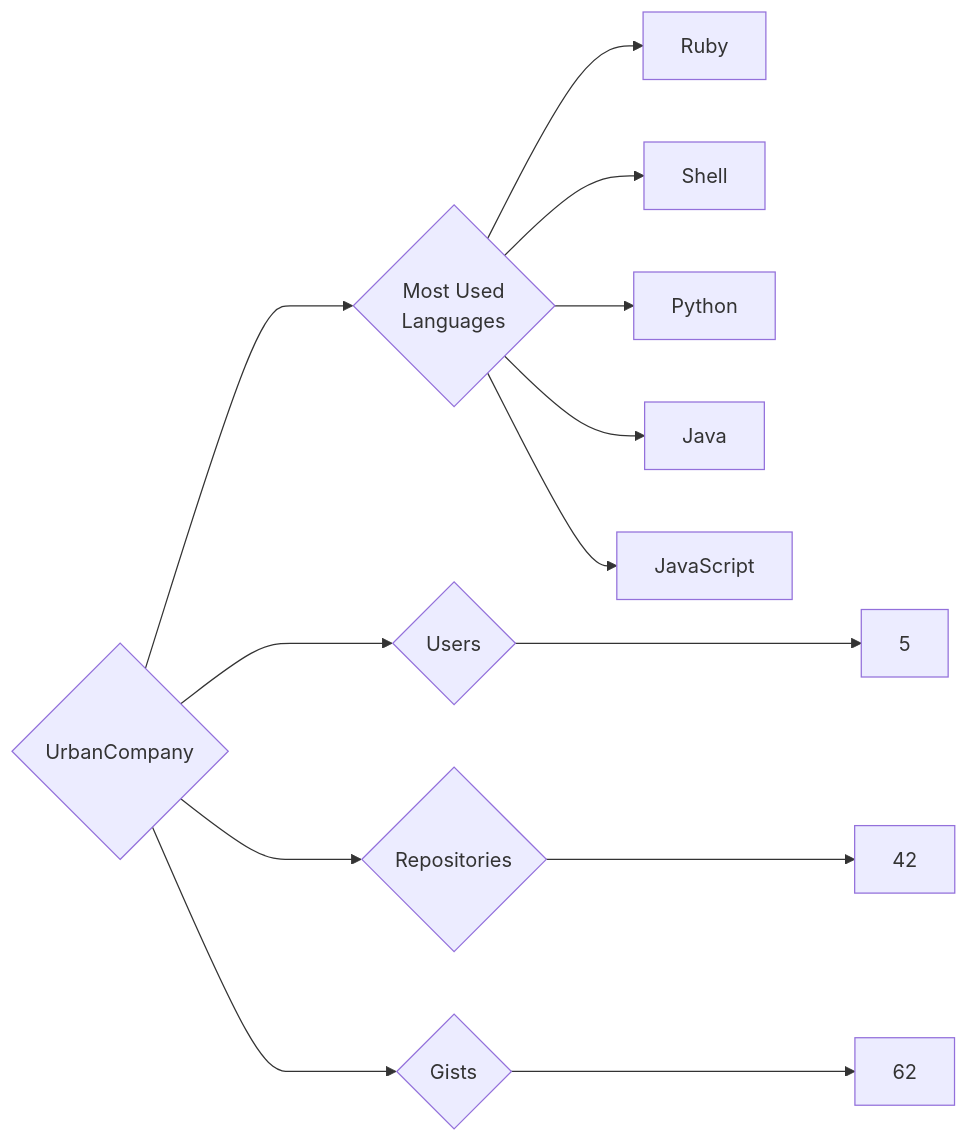
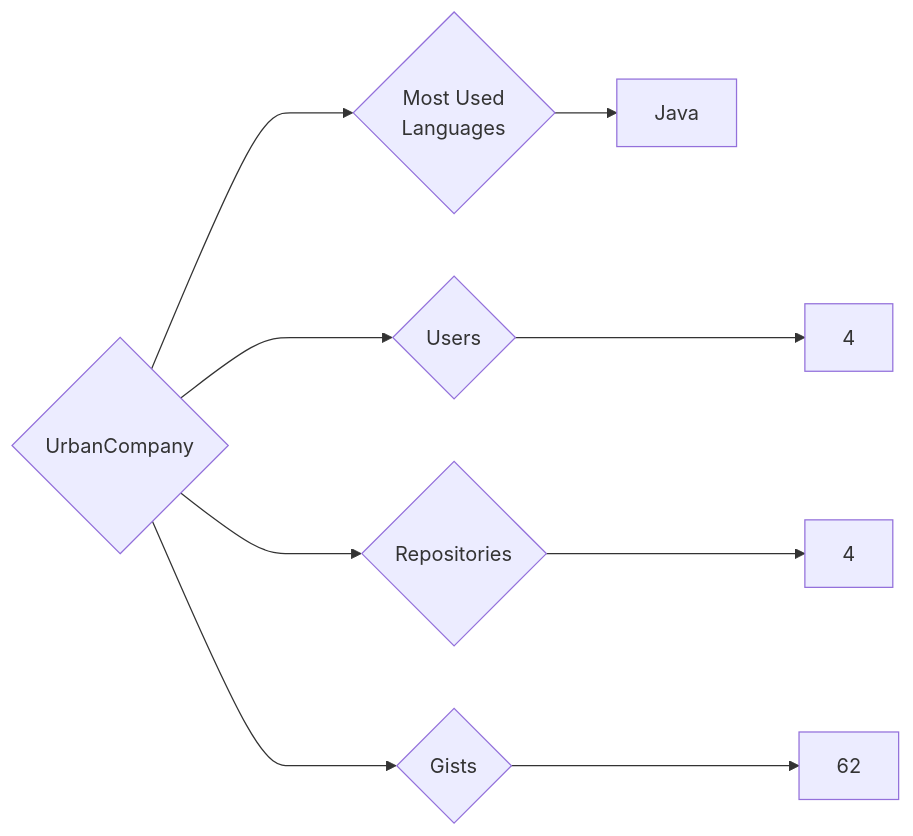
One commit to trickest/insiders changed the diagram in targets/UrbanCompany/README.md. Above: the diagram before and after it, drawn with Mermaid. The commit also changed 1248 other files, not shown here.

````diff
--- a/targets/UrbanCompany/README.md
+++ b/targets/UrbanCompany/README.md
@@ -3,13 +3,9 @@
 ```mermaid
 graph LR
 COMPANY_NAME{UrbanCompany}
-COMPANY_NAME ---> U{Users} ---> UN[5]
-COMPANY_NAME ---> R{Repositories} ---> RN[42]
+COMPANY_NAME ---> U{Users} ---> UN[4]
+COMPANY_NAME ---> R{Repositories} ---> RN[4]
 COMPANY_NAME ---> G{Gists} ---> GN[62]
 COMPANY_NAME ---> ML{Most Used<br>Languages}
-ML --> Ruby[Ruby]
-ML --> Shell[Shell]
-ML --> Python[Python]
 ML --> Java[Java]
-ML --> JavaScript[JavaScript]
 ```
````
